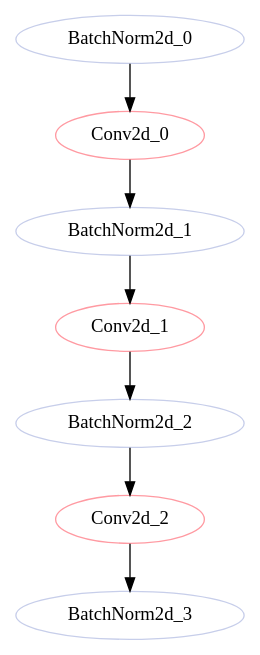
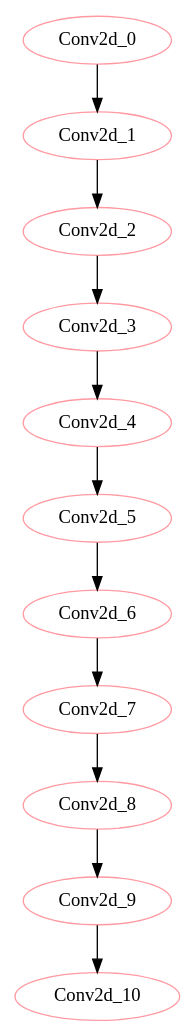
Before and after one commit to 11222-Meng/DNN_Bottlen_Layer_Analysis: the diagram in dags/mobilenet_v2_flops_features_15_conv_1_0_op.dot, drawn with Graphviz. The commit also changed 124 other files, not shown here.

```diff
--- a/dags/mobilenet_v2_flops_features_15_conv_1_0_op.dot
+++ b/dags/mobilenet_v2_flops_features_15_conv_1_0_op.dot
@@ -1,36 +1,56 @@
 strict digraph "" {
-	BatchNorm2d_0	[color="#C7CEEA",
-		layer_name="features.14.conv.3",
-		params=320,
-		type=BatchNorm2d];
 	Conv2d_0	[color="#FF9AA2",
+		layer_name="features.14.conv.2",
+		params=92160,
+		type=Conv2d];
+	Conv2d_1	[color="#FF9AA2",
 		layer_name="features.15.conv.0.0",
 		params=153600,
 		type=Conv2d];
-	BatchNorm2d_0 -> Conv2d_0;
-	BatchNorm2d_1	[color="#C7CEEA",
-		layer_name="features.15.conv.0.1",
-		params=1920,
-		type=BatchNorm2d];
-	Conv2d_0 -> BatchNorm2d_1;
-	Conv2d_1	[color="#FF9AA2",
+	Conv2d_0 -> Conv2d_1;
+	Conv2d_2	[color="#FF9AA2",
 		layer_name="features.15.conv.1.0",
 		params=8640,
 		type=Conv2d];
-	BatchNorm2d_1 -> Conv2d_1;
-	BatchNorm2d_2	[color="#C7CEEA",
-		layer_name="features.15.conv.1.1",
-		params=1920,
-		type=BatchNorm2d];
-	Conv2d_1 -> BatchNorm2d_2;
-	Conv2d_2	[color="#FF9AA2",
+	Conv2d_1 -> Conv2d_2;
+	Conv2d_3	[color="#FF9AA2",
 		layer_name="features.15.conv.2",
 		params=153600,
 		type=Conv2d];
-	BatchNorm2d_2 -> Conv2d_2;
-	BatchNorm2d_3	[color="#C7CEEA",
-		layer_name="features.15.conv.3",
-		params=320,
-		type=BatchNorm2d];
-	Conv2d_2 -> BatchNorm2d_3;
+	Conv2d_2 -> Conv2d_3;
+	Conv2d_4	[color="#FF9AA2",
+		layer_name="features.16.conv.0.0",
+		params=153600,
+		type=Conv2d];
+	Conv2d_3 -> Conv2d_4;
+	Conv2d_5	[color="#FF9AA2",
+		layer_name="features.16.conv.1.0",
+		params=8640,
+		type=Conv2d];
+	Conv2d_4 -> Conv2d_5;
+	Conv2d_6	[color="#FF9AA2",
+		layer_name="features.16.conv.2",
+		params=153600,
+		type=Conv2d];
+	Conv2d_5 -> Conv2d_6;
+	Conv2d_7	[color="#FF9AA2",
+		layer_name="features.17.conv.0.0",
+		params=153600,
+		type=Conv2d];
+	Conv2d_6 -> Conv2d_7;
+	Conv2d_8	[color="#FF9AA2",
+		layer_name="features.17.conv.1.0",
+		params=8640,
+		type=Conv2d];
+	Conv2d_7 -> Conv2d_8;
+	Conv2d_9	[color="#FF9AA2",
+		layer_name="features.17.conv.2",
+		params=307200,
+		type=Conv2d];
+	Conv2d_8 -> Conv2d_9;
+	Conv2d_10	[color="#FF9AA2",
+		layer_name="features.18.0",
+		params=409600,
+		type=Conv2d];
+	Conv2d_9 -> Conv2d_10;
 }
```
